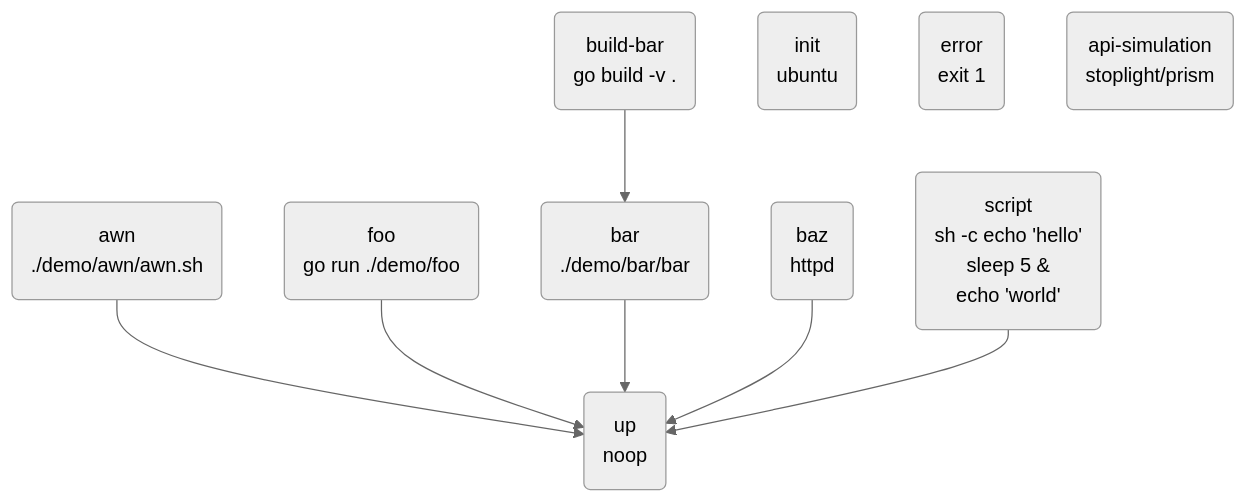
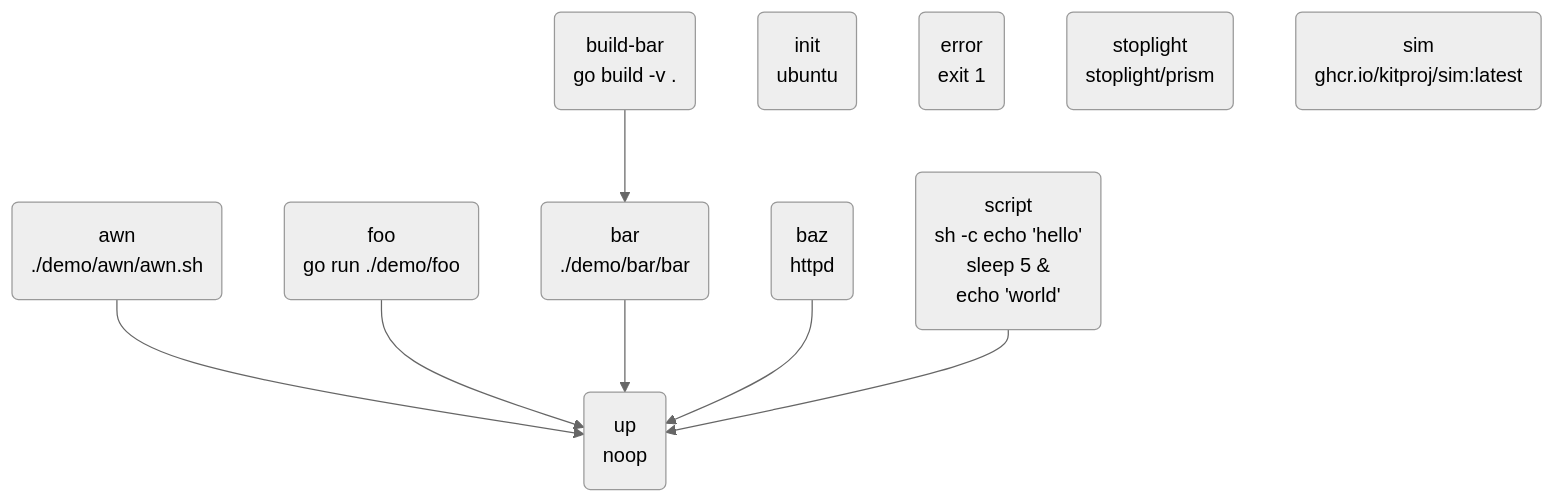
One commit to kitproj/kit changed the diagram in tasks.yaml.mermaid. Above: the diagram before and after it, drawn with Mermaid (neutral theme). The commit also changed 2 other files, not shown here.

Commit message:
docs: update sim docs

```diff
--- a/tasks.yaml.mermaid
+++ b/tasks.yaml.mermaid
@@ -1,17 +1,18 @@
 flowchart TD
 	awn("awn\n./demo/awn/awn.sh")
 	foo("foo\ngo run ./demo/foo")
 	build-bar("build-bar\ngo build -v .")
 	bar("bar\n./demo/bar/bar")
 	build-bar --> bar
 	baz("baz\nhttpd")
 	init("init\nubuntu")
 	error("error\nexit 1")
 	script("script\nsh -c echo 'hello'\nsleep 5 & \necho 'world'\n")
-	api-simulation("api-simulation\nstoplight/prism")
+	stoplight("stoplight\nstoplight/prism")
+	sim("sim\nghcr.io/kitproj/sim:latest")
 	up("up\nnoop")
 	awn --> up
 	foo --> up
 	bar --> up
 	baz --> up
 	script --> up
```
